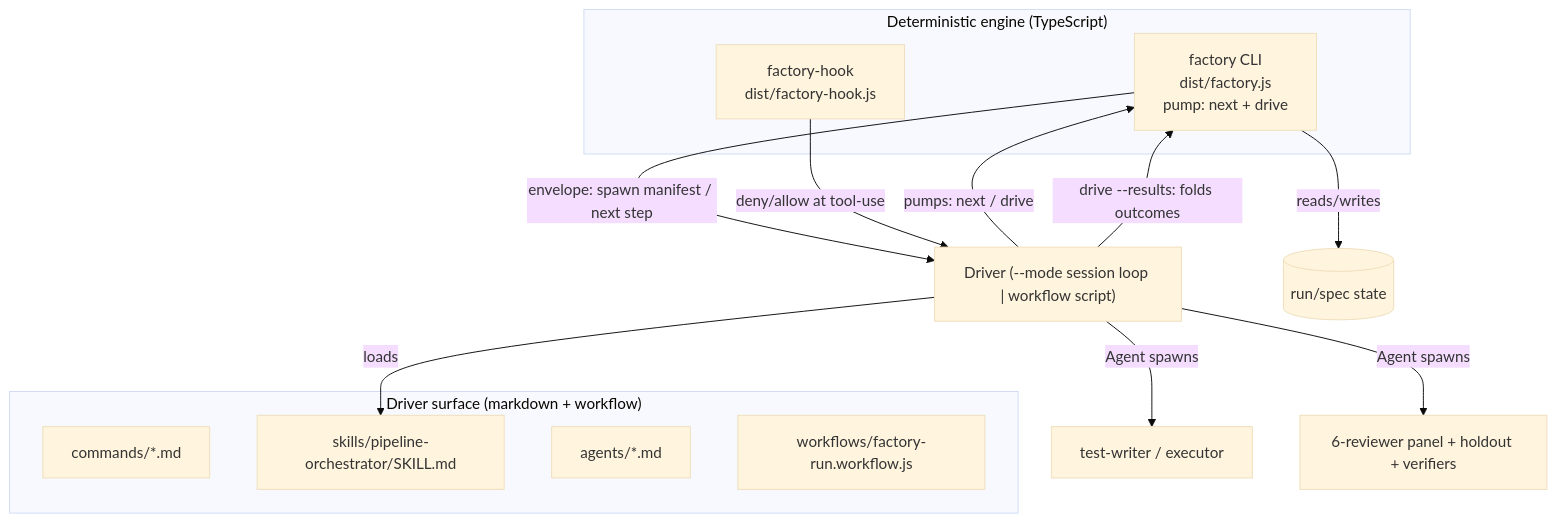
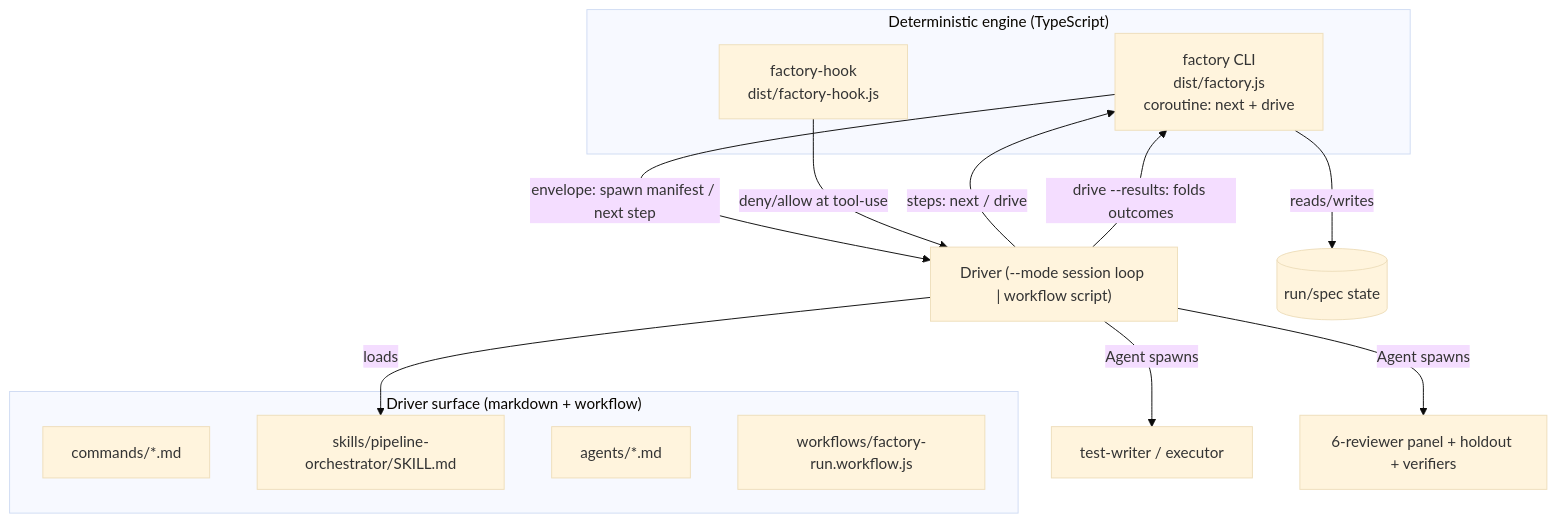
Before and after one commit to jfa94/factory: the second of 3 diagrams in docs/architecture/overview.md, drawn with Mermaid (base theme). The commit also changed other lines of this file and 48 other files, not shown here.

First line of the commit message:
refactor(seam): rename pump → coroutine/step

````diff
--- a/docs/architecture/overview.md
+++ b/docs/architecture/overview.md
@@ -35,23 +35,23 @@
 ```mermaid
 graph TD
   subgraph Surface["Driver surface (markdown + workflow)"]
     Cmd[commands/*.md]
     Skill[skills/pipeline-orchestrator/SKILL.md]
     Agents[agents/*.md]
     WF[workflows/factory-run.workflow.js]
   end
 
   subgraph Engine["Deterministic engine (TypeScript)"]
-    CLI[factory CLI<br/>dist/factory.js<br/>pump: next + drive]
+    CLI[factory CLI<br/>dist/factory.js<br/>coroutine: next + drive]
     Hook[factory-hook<br/>dist/factory-hook.js]
   end
 
   Driver["Driver (--mode session loop | workflow script)"] -->|loads| Skill
-  Driver -->|pumps: next / drive| CLI
+  Driver -->|steps: next / drive| CLI
   CLI -->|envelope: spawn manifest / next step| Driver
   Driver -->|Agent spawns| Producers[test-writer / executor]
   Driver -->|Agent spawns| Panel[6-reviewer panel + holdout + verifiers]
   Driver -->|drive --results: folds outcomes| CLI
   CLI -->|reads/writes| State[(run/spec state)]
   Hook -->|deny/allow at tool-use| Driver
 ```
````
